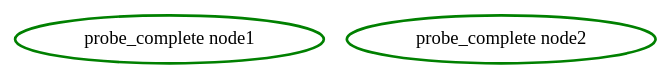
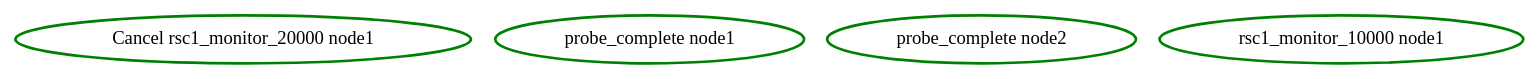
Before and after one commit to ClusterLabs/pacemaker: the diagram in pengine/test10/stopped-monitor-25.dot, drawn with Graphviz. The commit also changed 9 other files, not shown here.

```diff
--- a/pengine/test10/stopped-monitor-25.dot
+++ b/pengine/test10/stopped-monitor-25.dot
@@ -1,4 +1,6 @@
 digraph "g" {
+"Cancel rsc1_monitor_20000 node1" [ style=bold color="green" fontcolor="black"]
 "probe_complete node1" [ style=bold color="green" fontcolor="black" ]
 "probe_complete node2" [ style=bold color="green" fontcolor="black" ]
+"rsc1_monitor_10000 node1" [ style=bold color="green" fontcolor="black"]
 }
```
